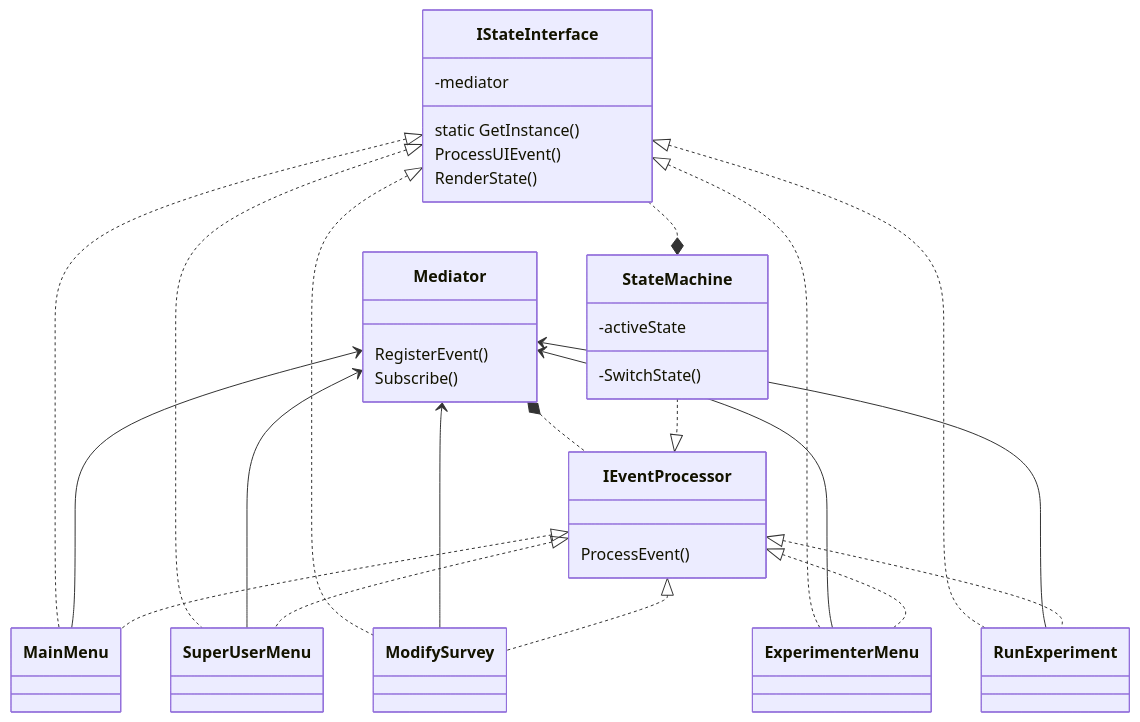
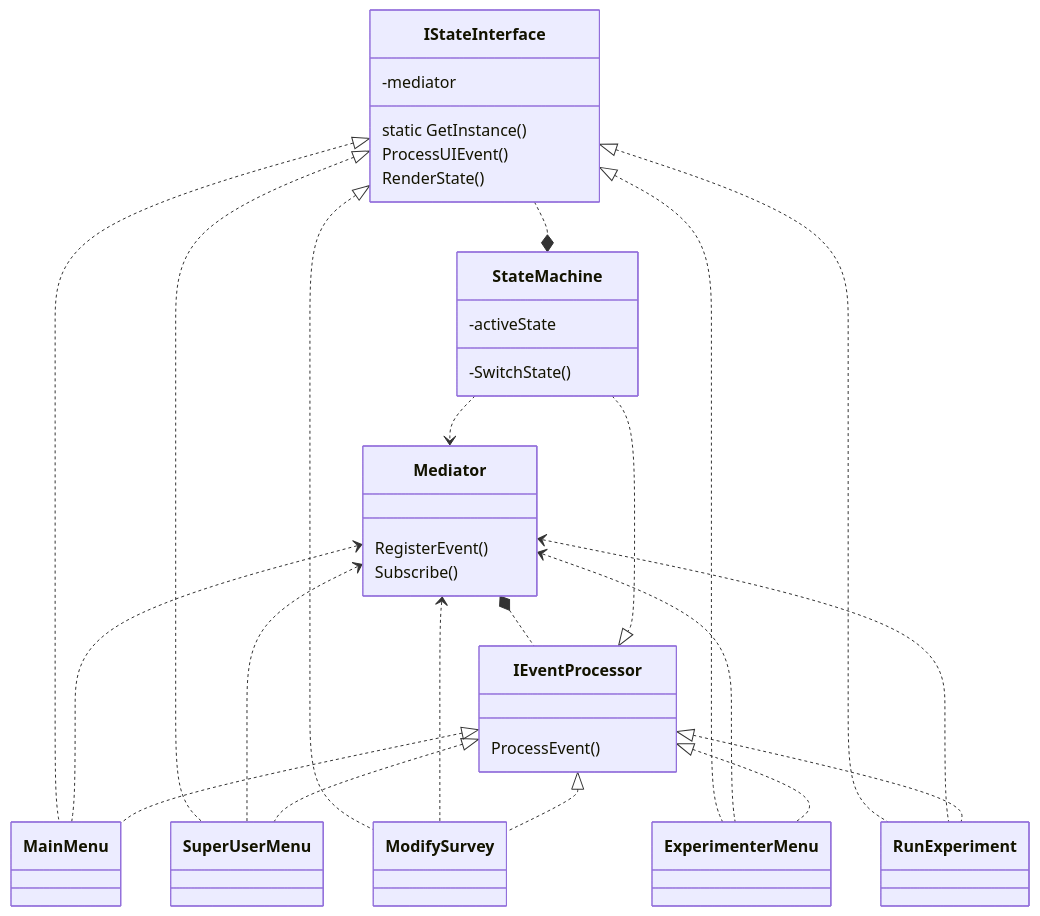
The diagram in UML/class_diagrams/StateMachine.md (jonasreholt/SEA), drawn with Mermaid before and after one commit.

Commit message:
Added dependency from StateMachine to mediator, and changed association to dependency from the different states.

````diff
--- a/UML/class_diagrams/StateMachine.md
+++ b/UML/class_diagrams/StateMachine.md
@@ -1,42 +1,43 @@
 ```mermaid
 classDiagram
 
     class StateMachine{
         -activeState
         -SwitchState()
     }
 
     class IEventProcessor{
         ProcessEvent()
     }
     class IStateInterface{
         -mediator
         static GetInstance()
         ProcessUIEvent()
         RenderState()
     }
     class Mediator{
         RegisterEvent()
         Subscribe()
     }
 
     IStateInterface     ..* StateMachine
     IStateInterface     <|.. MainMenu
     IStateInterface     <|.. SuperUserMenu
     IStateInterface     <|.. ModifySurvey
     IStateInterface     <|.. ExperimenterMenu
     IStateInterface     <|.. RunExperiment
-    Mediator            <--     MainMenu           
-    Mediator            <--     SuperUserMenu       
-    Mediator            <--     ModifySurvey        
-    Mediator            <--     ExperimenterMenu    
-    Mediator            <--     RunExperiment       
+    Mediator            <..     MainMenu           
+    Mediator            <..     SuperUserMenu       
+    Mediator            <..     ModifySurvey        
+    Mediator            <..     ExperimenterMenu    
+    Mediator            <..     RunExperiment 
+    StateMachine        ..>     Mediator
     Mediator *.. IEventProcessor
     IEventProcessor     <|.. MainMenu
     IEventProcessor     <|.. SuperUserMenu
     IEventProcessor     <|.. ModifySurvey
     IEventProcessor     <|.. ExperimenterMenu
     IEventProcessor     <|.. RunExperiment
     StateMachine        ..|> IEventProcessor
 
 ```
````
